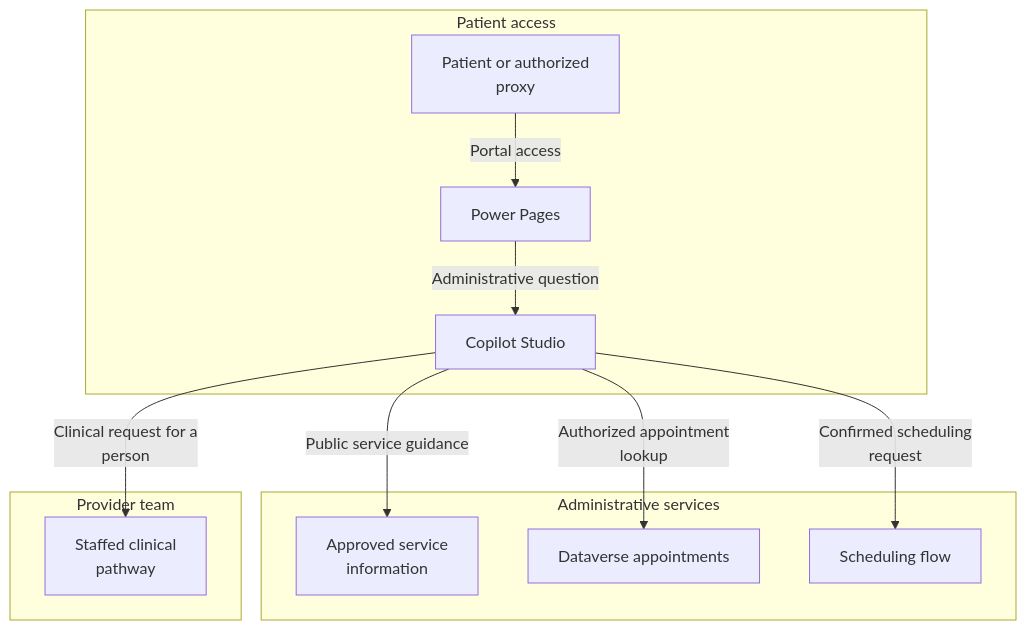
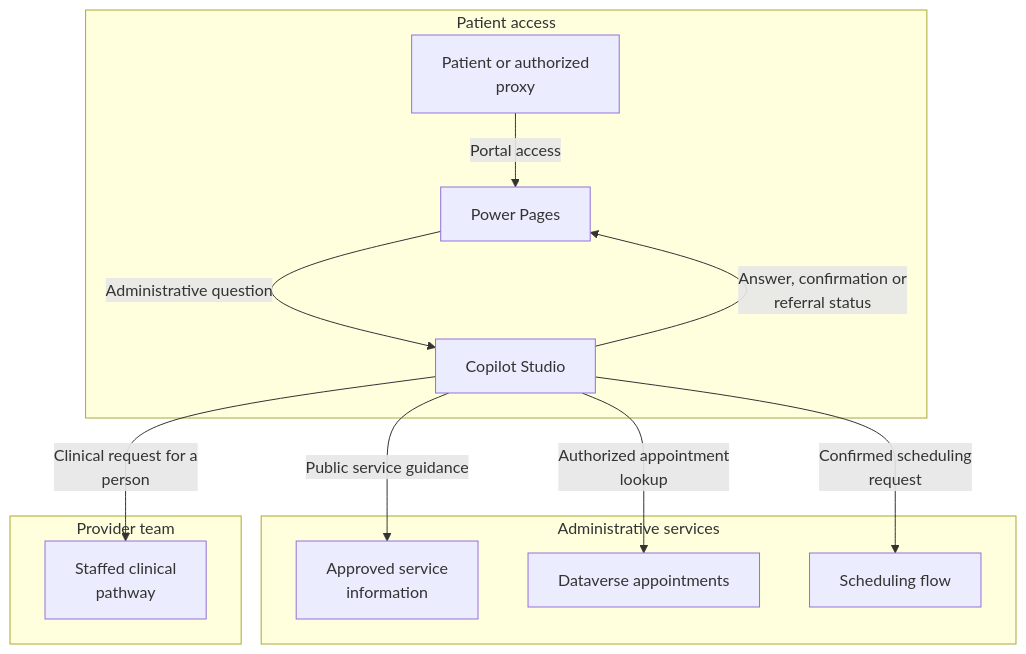
Before and after one commit to abhishek-ai-enabler/copilotstudio-architecture-patterns: the first of 2 diagrams in solution-ideas/patient-support.md, drawn with Mermaid. The commit also changed other lines of this file and 41 other files, not shown here.

First line of the commit message:
Review diagrams: add return paths and fix flow accuracy

````diff
--- a/solution-ideas/patient-support.md
+++ b/solution-ideas/patient-support.md
@@ -7,24 +7,25 @@
 ```mermaid
 flowchart TB
     accTitle: Patient portal for administrative support - architecture
     accDescr: Approve the portal for administrative requests only. Personal appointment access requires verified patient or proxy authority; clinical requests go to a staffed pathway.
     subgraph group0["Patient access"]
         U["Patient or authorized<br/>proxy"]
         P["Power Pages"]
         A["Copilot Studio"]
     end
     subgraph group3["Administrative services"]
         K["Approved service<br/>information"]
         D["Dataverse appointments"]
         F["Scheduling flow"]
     end
     subgraph group6["Provider team"]
         H["Staffed clinical<br/>pathway"]
     end
     U -->|"Portal access"| P
     P -->|"Administrative question"| A
     A -->|"Public service guidance"| K
     A -->|"Authorized appointment<br/>lookup"| D
     A -->|"Confirmed scheduling<br/>request"| F
     A -->|"Clinical request for a<br/>person"| H
+    A -->|"Answer, confirmation or<br/>referral status"| P
 ```
````
